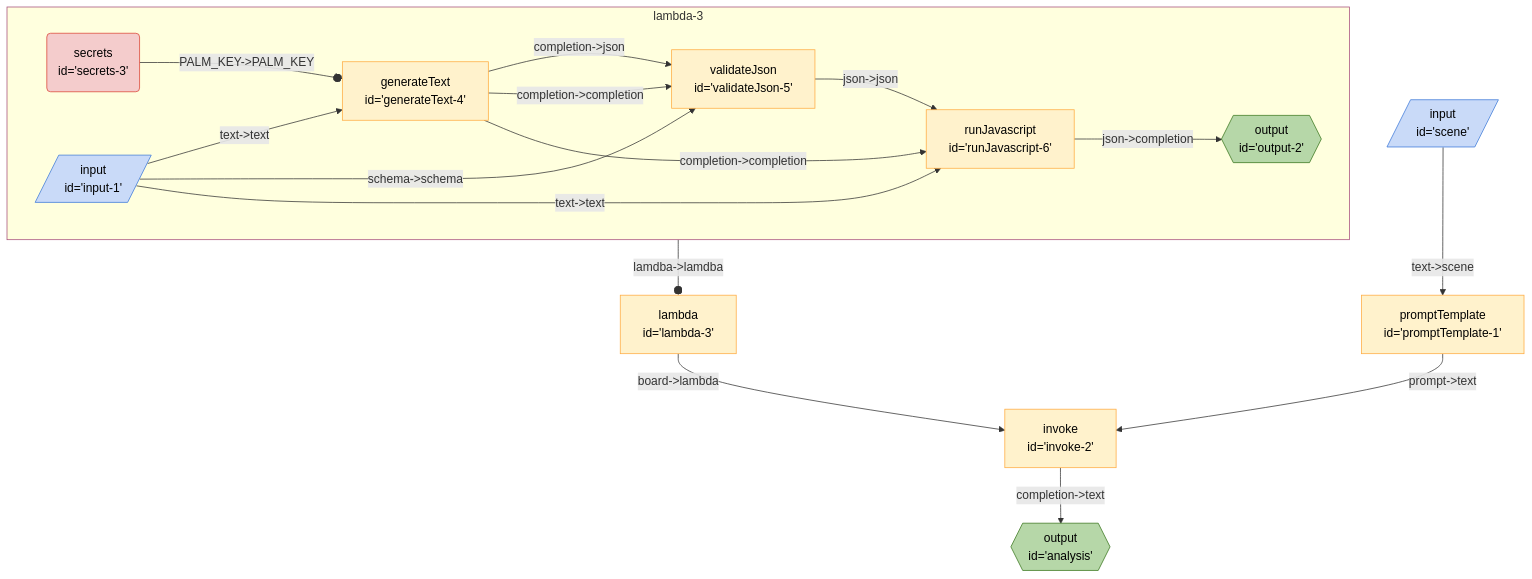
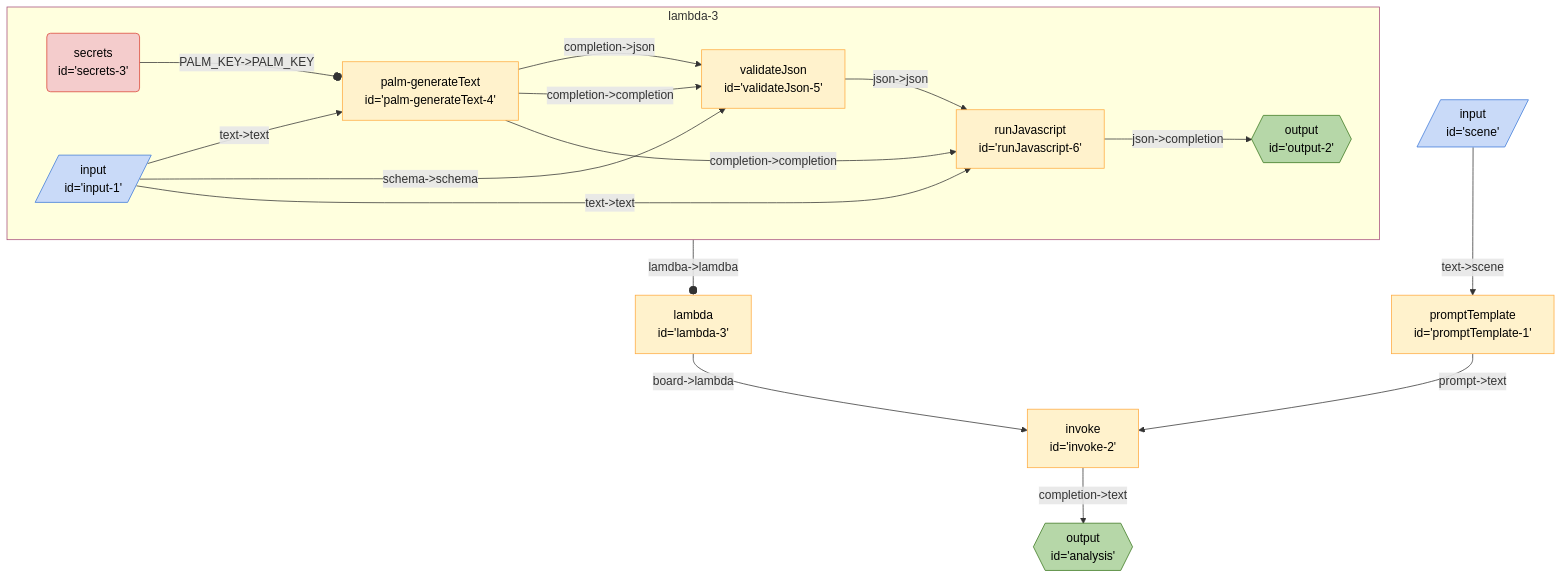
Before and after one commit to breadboard-ai/breadboard: the diagram in seeds/graph-playground/docs/graphs/relationship-json.md, drawn with Mermaid. The commit also changed 55 other files, not shown here.

````diff
--- a/seeds/graph-playground/docs/graphs/relationship-json.md
+++ b/seeds/graph-playground/docs/graphs/relationship-json.md
@@ -5,29 +5,29 @@
   ```mermaid
   %%{init: 'themeVariables': { 'fontFamily': 'Fira Code, monospace' }}%%
 graph TD;
 lambda3["lambda <br> id='lambda-3'"] -- "board->lambda" --> invoke2["invoke <br> id='invoke-2'"]
 subgraph sg_lambda3 [lambda-3]
-lambda3_secrets3("secrets <br> id='secrets-3'"):::secrets -- "PALM_KEY->PALM_KEY" --o lambda3_generateText4["generateText <br> id='generateText-4'"]
-lambda3_input1[/"input <br> id='input-1'"/]:::input -- "text->text" --> lambda3_generateText4["generateText <br> id='generateText-4'"]
-lambda3_generateText4["generateText <br> id='generateText-4'"] -- "completion->json" --> lambda3_validateJson5["validateJson <br> id='validateJson-5'"]
+lambda3_secrets3("secrets <br> id='secrets-3'"):::secrets -- "PALM_KEY->PALM_KEY" --o lambda3_palmgenerateText4["palm-generateText <br> id='palm-generateText-4'"]
+lambda3_input1[/"input <br> id='input-1'"/]:::input -- "text->text" --> lambda3_palmgenerateText4["palm-generateText <br> id='palm-generateText-4'"]
+lambda3_palmgenerateText4["palm-generateText <br> id='palm-generateText-4'"] -- "completion->json" --> lambda3_validateJson5["validateJson <br> id='validateJson-5'"]
 lambda3_input1[/"input <br> id='input-1'"/]:::input -- "schema->schema" --> lambda3_validateJson5["validateJson <br> id='validateJson-5'"]
 lambda3_validateJson5["validateJson <br> id='validateJson-5'"] -- "json->json" --> lambda3_runJavascript6["runJavascript <br> id='runJavascript-6'"]
 lambda3_input1[/"input <br> id='input-1'"/]:::input -- "text->text" --> lambda3_runJavascript6["runJavascript <br> id='runJavascript-6'"]
 lambda3_runJavascript6["runJavascript <br> id='runJavascript-6'"] -- "json->completion" --> lambda3_output2{{"output <br> id='output-2'"}}:::output
-lambda3_generateText4["generateText <br> id='generateText-4'"] -- "completion->completion" --> lambda3_validateJson5["validateJson <br> id='validateJson-5'"]
-lambda3_generateText4["generateText <br> id='generateText-4'"] -- "completion->completion" --> lambda3_runJavascript6["runJavascript <br> id='runJavascript-6'"]
+lambda3_palmgenerateText4["palm-generateText <br> id='palm-generateText-4'"] -- "completion->completion" --> lambda3_validateJson5["validateJson <br> id='validateJson-5'"]
+lambda3_palmgenerateText4["palm-generateText <br> id='palm-generateText-4'"] -- "completion->completion" --> lambda3_runJavascript6["runJavascript <br> id='runJavascript-6'"]
 end
 sg_lambda3:::slotted -- "lamdba->lamdba" --o lambda3
 
 invoke2["invoke <br> id='invoke-2'"] -- "completion->text" --> analysis{{"output <br> id='analysis'"}}:::output
 promptTemplate1["promptTemplate <br> id='promptTemplate-1'"] -- "prompt->text" --> invoke2["invoke <br> id='invoke-2'"]
 scene[/"input <br> id='scene'"/]:::input -- "text->scene" --> promptTemplate1["promptTemplate <br> id='promptTemplate-1'"]
 classDef default stroke:#ffab40,fill:#fff2ccff,color:#000
 classDef input stroke:#3c78d8,fill:#c9daf8ff,color:#000
 classDef output stroke:#38761d,fill:#b6d7a8ff,color:#000
 classDef passthrough stroke:#a64d79,fill:#ead1dcff,color:#000
 classDef slot stroke:#a64d79,fill:#ead1dcff,color:#000
 classDef config stroke:#a64d79,fill:#ead1dcff,color:#000
 classDef secrets stroke:#db4437,fill:#f4cccc,color:#000
 classDef slotted stroke:#a64d79
   ```
````
